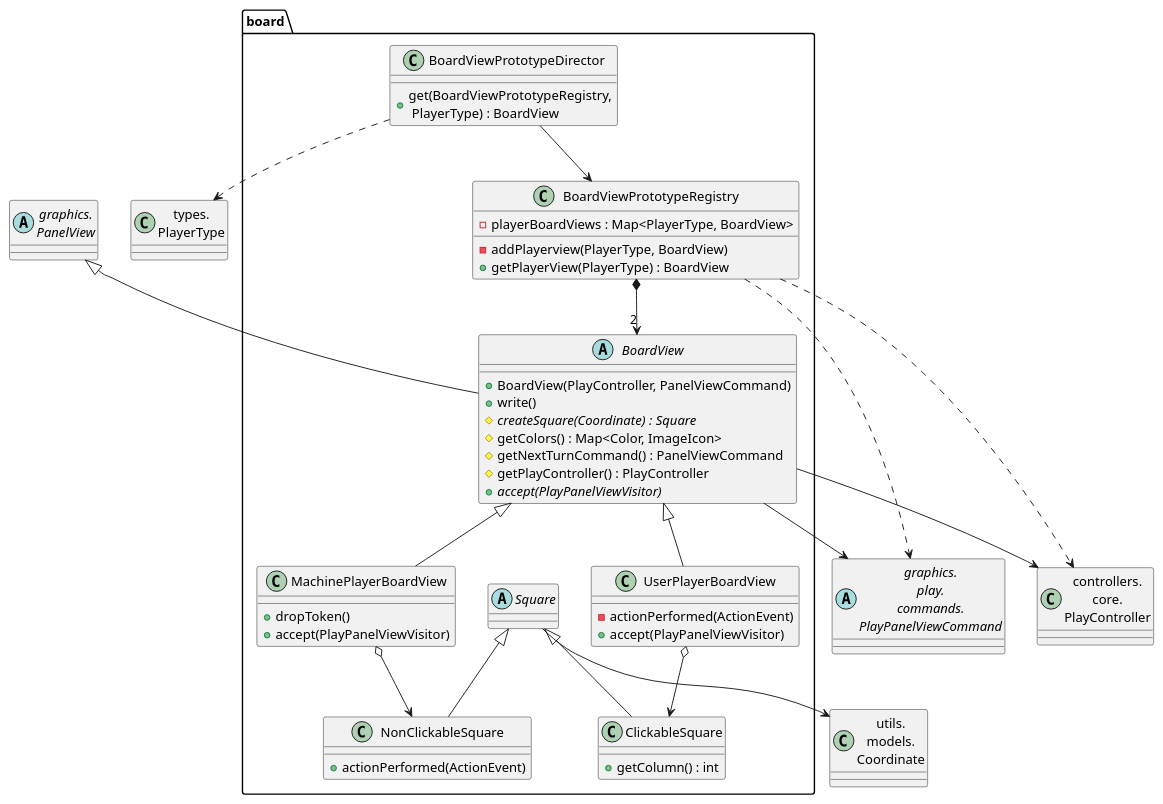
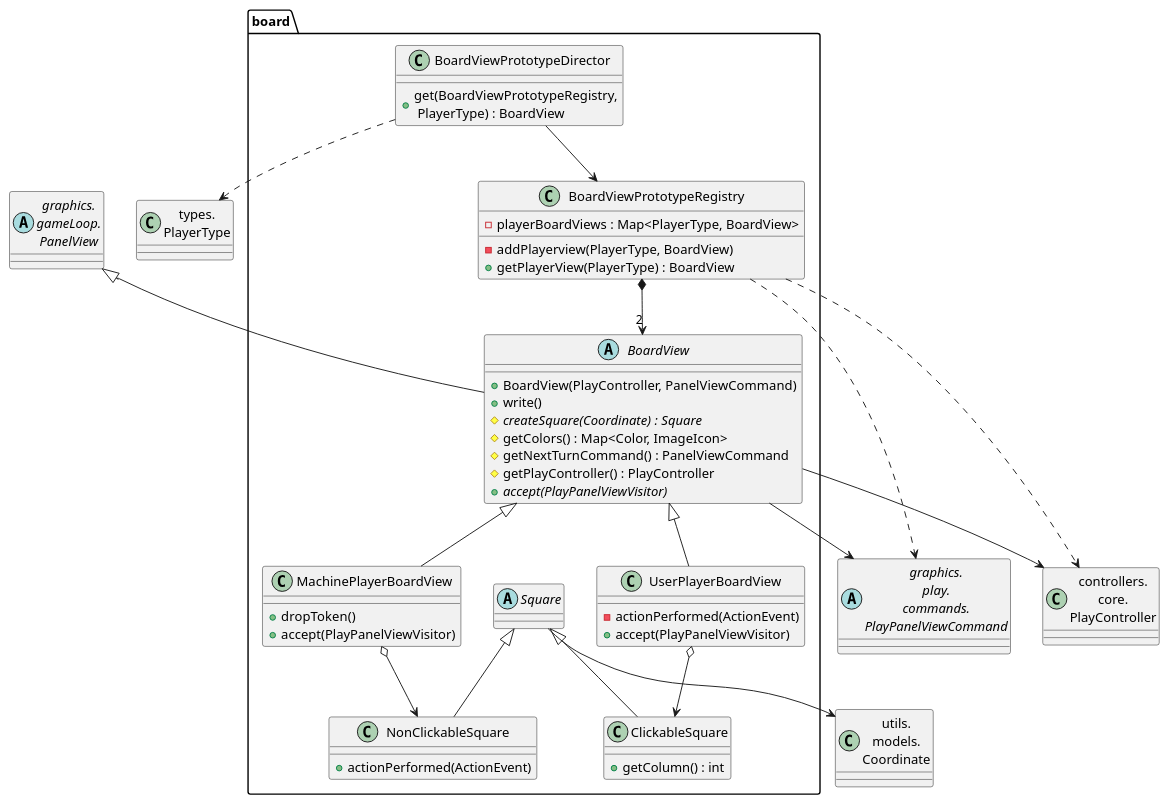
One commit to js-rom/connect4 changed the diagram in connect4/Docs/diagrams/src/packages/connect4.connect4.views.graphics.play.board.plantuml. Above: the diagram before and after it, drawn with PlantUML. The commit also changed 41 other files, not shown here.

Commit message:
refactor: remove cicles betwen graphics and panels #8

```diff
--- a/connect4/Docs/diagrams/src/packages/connect4.connect4.views.graphics.play.board.plantuml
+++ b/connect4/Docs/diagrams/src/packages/connect4.connect4.views.graphics.play.board.plantuml
@@ -1,67 +1,67 @@
 @startuml connect4.connect4.views.graphics.board
 
 class PlayController as "controllers.\ncore.\nPlayController"
-abstract class PanelView as "graphics.\nPanelView"
+abstract class PanelView as "graphics.\ngameLoop.\nPanelView"
 abstract class PlayPanelViewCommand as "graphics.\nplay.\ncommands.\nPlayPanelViewCommand"
 class PlayerType as "types.\nPlayerType"
 class Coordinate as "utils.\nmodels.\nCoordinate"
 
 
 abstract class board.BoardView {
     + BoardView(PlayController, PanelViewCommand)
     + write()
     #  {abstract}  createSquare(Coordinate) : Square
     # getColors() : Map<Color, ImageIcon>
     # getNextTurnCommand() : PanelViewCommand
     # getPlayController() : PlayController
     +  {abstract}  accept(PlayPanelViewVisitor)
 }
 
 class board.BoardViewPrototypeDirector{
     +get(BoardViewPrototypeRegistry,\n PlayerType) : BoardView
 }
 
 class board.BoardViewPrototypeRegistry{
     -playerBoardViews : Map<PlayerType, BoardView> 
     -addPlayerview(PlayerType, BoardView)
     +getPlayerView(PlayerType) : BoardView
 }
 
 class board.MachinePlayerBoardView {
     +dropToken()
     +accept(PlayPanelViewVisitor)
 }
 
 class board.UserPlayerBoardView{
     -actionPerformed(ActionEvent)
     +accept(PlayPanelViewVisitor)
 }
 
 abstract class board.Square
 
 class board.ClickableSquare {
     + getColumn() : int
 }
 
 class board.NonClickableSquare {
     + actionPerformed(ActionEvent)
 }
 
 BoardView --> PlayController
 PanelView <|-- BoardView
 BoardViewPrototypeDirector --> BoardViewPrototypeRegistry
 BoardViewPrototypeDirector ..> PlayerType
 BoardViewPrototypeRegistry ..> PlayController
 BoardViewPrototypeRegistry ..> PlayPanelViewCommand
 BoardViewPrototypeRegistry *--> "2"BoardView
 BoardView <|-- MachinePlayerBoardView
 BoardView <|-- UserPlayerBoardView
 MachinePlayerBoardView o--> NonClickableSquare
 UserPlayerBoardView o--> ClickableSquare
 Square <|-- ClickableSquare
 Square <|-- NonClickableSquare
 BoardView --> PlayPanelViewCommand
 
 Square --> Coordinate
 
 @enduml
```
